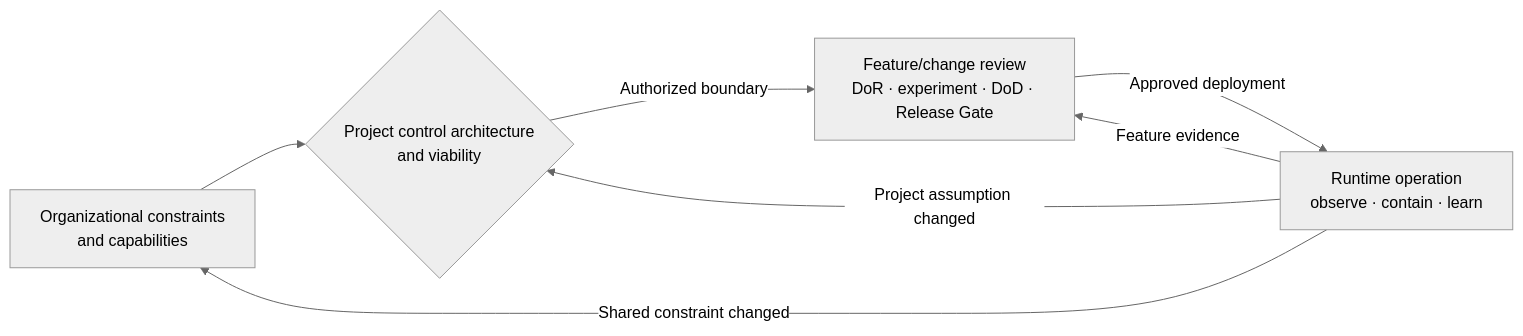
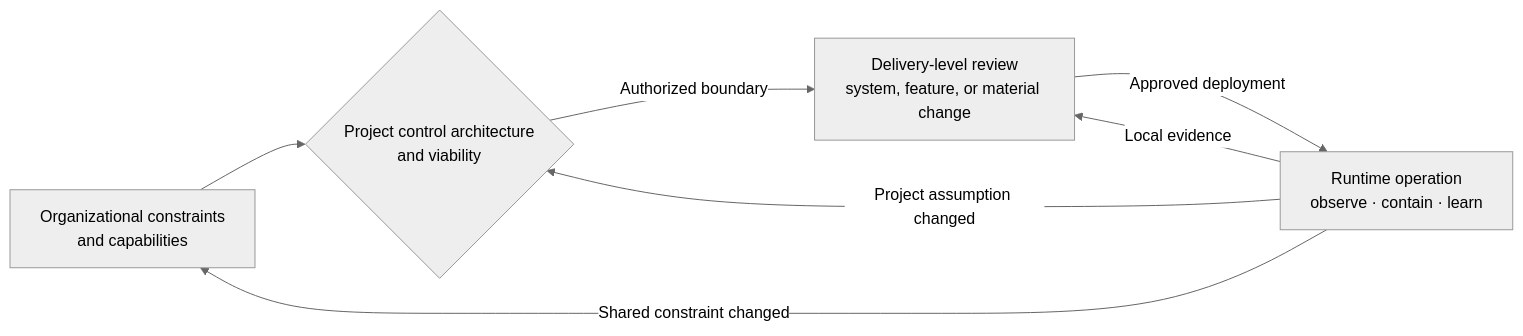
One commit to UncertaintyArchitectureGroup/uncertainty-architecture changed the third of 3 diagrams in README.md. Above: the diagram before and after it, drawn with Mermaid (neutral theme). The commit also changed other lines of this file, not shown here.

Commit message:
Align public rationale with delivery-level scope

````diff
--- a/README.md
+++ b/README.md
@@ -137,14 +137,14 @@
 ```mermaid
 flowchart LR
     O[Organizational constraints<br/>and capabilities]
     P{Project control architecture<br/>and viability}
-    F[Feature/change review<br/>DoR · experiment · DoD · Release Gate]
+    D[Delivery-level review<br/>system, feature, or material change]
     R[Runtime operation<br/>observe · contain · learn]
 
     O --> P
-    P -->|Authorized boundary| F
-    F -->|Approved deployment| R
-    R -->|Feature evidence| F
+    P -->|Authorized boundary| D
+    D -->|Approved deployment| R
+    R -->|Local evidence| D
     R -->|Project assumption changed| P
     R -->|Shared constraint changed| O
 ```
````
